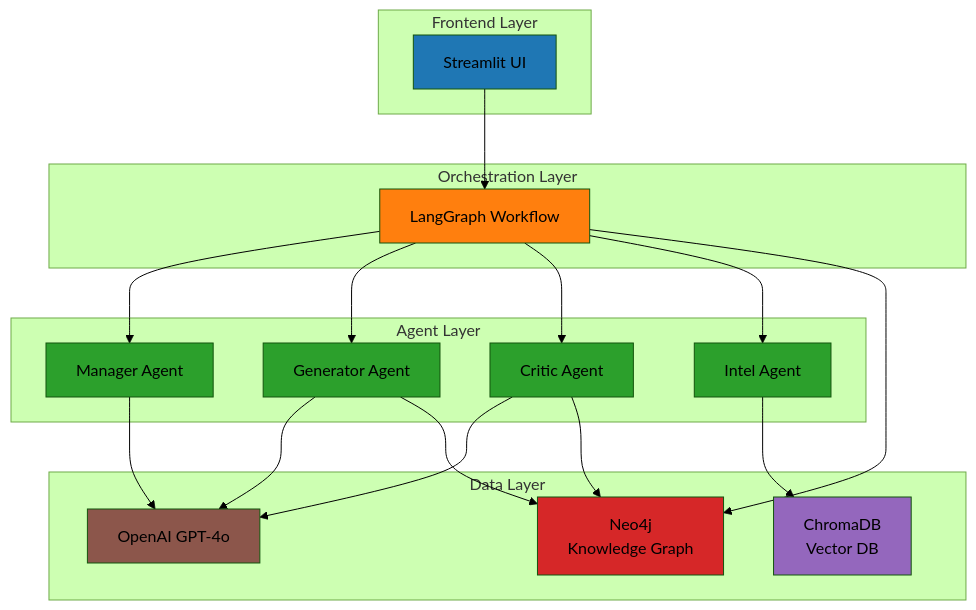
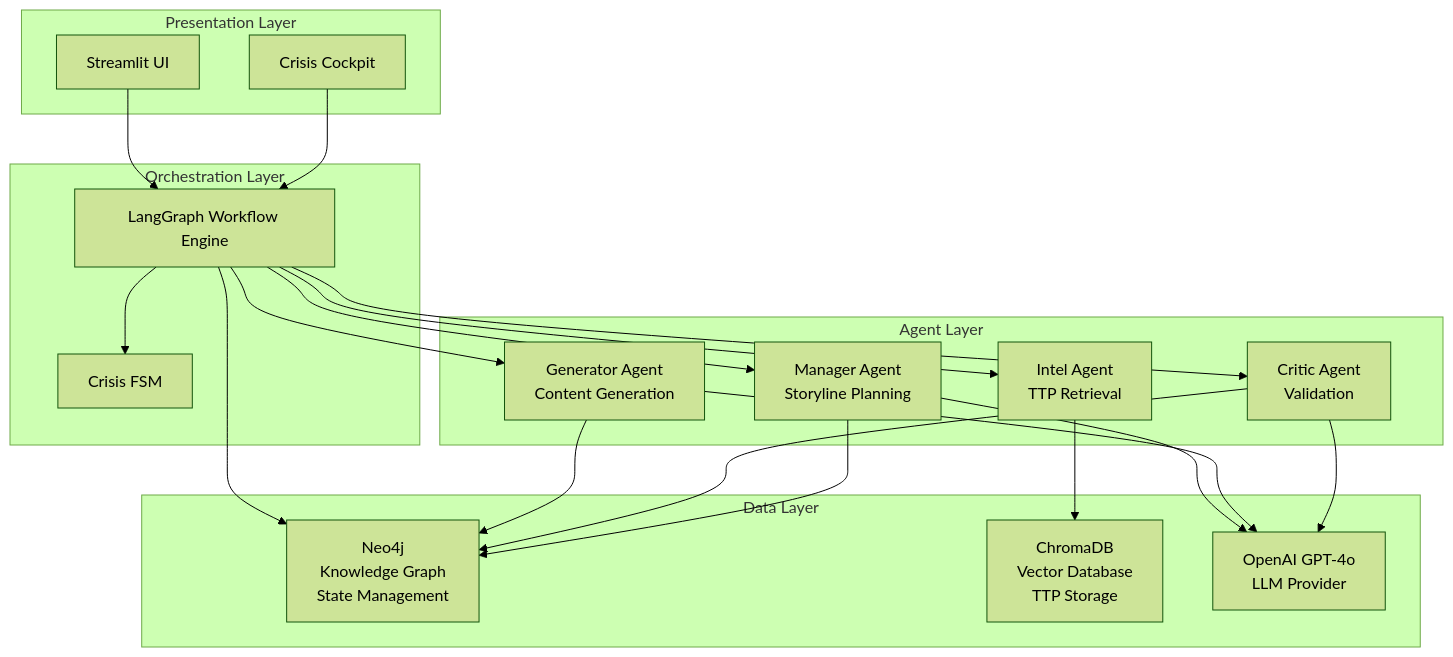
Before and after one commit to FinnHai/Dora-Gen: the first of 4 diagrams in ARCHITECTURE.md, drawn with Mermaid (forest theme). The commit also changed other lines of this file and 12 other files, not shown here.

````diff
--- a/ARCHITECTURE.md
+++ b/ARCHITECTURE.md
@@ -9,48 +93,43 @@
 ```mermaid
 graph TB
-    subgraph "Frontend Layer"
+    subgraph "Presentation Layer"
         ST[Streamlit UI]
+        CC[Crisis Cockpit]
     end
     
     subgraph "Orchestration Layer"
-        LG[LangGraph Workflow]
+        LG[LangGraph Workflow Engine]
+        FSM[Crisis FSM]
     end
     
     subgraph "Agent Layer"
-        MA[Manager Agent]
-        GA[Generator Agent]
-        CA[Critic Agent]
-        IA[Intel Agent]
+        MA[Manager Agent<br/>Storyline Planning]
+        GA[Generator Agent<br/>Content Generation]
+        CA[Critic Agent<br/>Validation]
+        IA[Intel Agent<br/>TTP Retrieval]
     end
     
     subgraph "Data Layer"
-        NEO[Neo4j<br/>Knowledge Graph]
-        CHROMA[ChromaDB<br/>Vector DB]
-        LLM[OpenAI GPT-4o]
+        NEO[Neo4j<br/>Knowledge Graph<br/>State Management]
+        CHROMA[ChromaDB<br/>Vector Database<br/>TTP Storage]
+        LLM[OpenAI GPT-4o<br/>LLM Provider]
     end
     
     ST --> LG
+    CC --> LG
+    LG --> FSM
     LG --> MA
     LG --> GA
     LG --> CA
     LG --> IA
     
     MA --> LLM
     GA --> LLM
     CA --> LLM
     
     IA --> CHROMA
     LG --> NEO
     GA --> NEO
     CA --> NEO
-    
-    style ST fill:#1f77b4
-    style LG fill:#ff7f0e
-    style MA fill:#2ca02c
-    style GA fill:#2ca02c
-    style CA fill:#2ca02c
-    style IA fill:#2ca02c
-    style NEO fill:#d62728
-    style CHROMA fill:#9467bd
-    style LLM fill:#8c564b
+    MA --> NEO
 ```
````
